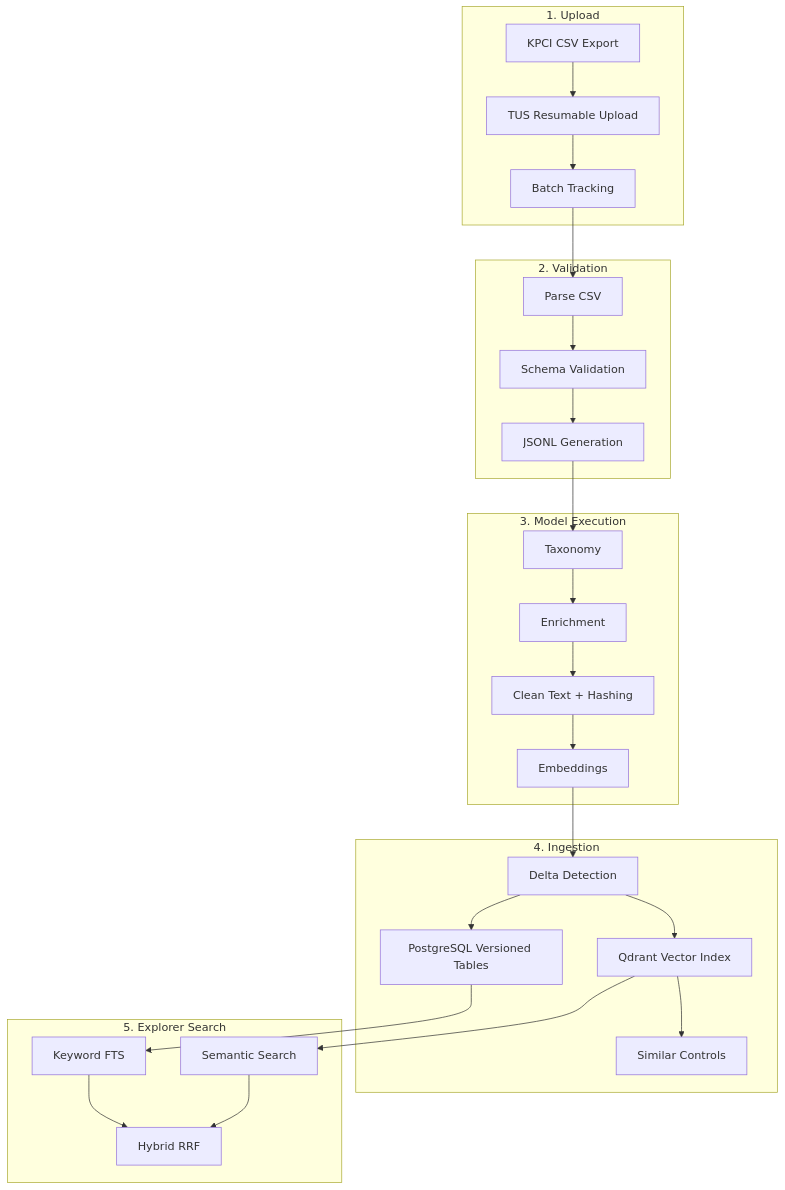
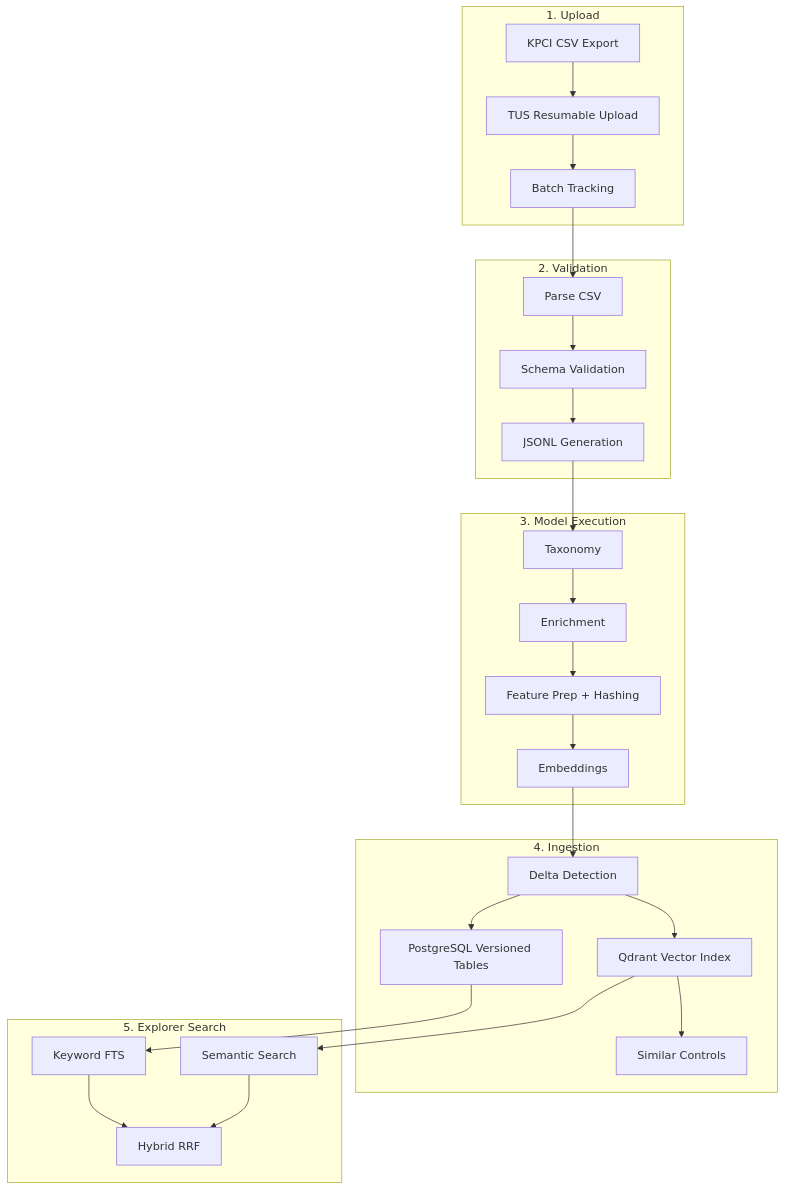
Before and after one commit to white07S/application: the first of 7 diagrams in docs/pipelines/controls-pipeline.md, drawn with Mermaid. The commit also changed other lines of this file and 35 other files, not shown here.

````diff
--- a/docs/pipelines/controls-pipeline.md
+++ b/docs/pipelines/controls-pipeline.md
@@ -13,46 +13,46 @@
 ```mermaid
 flowchart TB
     subgraph Upload["1. Upload"]
         CSV[KPCI CSV Export]
         TUS[TUS Resumable Upload]
         BATCH[Batch Tracking]
     end
 
     subgraph Validation["2. Validation"]
         PARSE[Parse CSV]
         VALIDATE[Schema Validation]
         JSONL[JSONL Generation]
     end
 
     subgraph Models["3. Model Execution"]
         TAX[Taxonomy]
         ENRICH[Enrichment]
-        CLEAN[Clean Text + Hashing]
+        FPREP[Feature Prep + Hashing]
         EMBED[Embeddings]
     end
 
     subgraph Ingestion["4. Ingestion"]
         DELTA[Delta Detection]
         PG[PostgreSQL Versioned Tables]
         QDRANT[Qdrant Vector Index]
         SIM[Similar Controls]
     end
 
     subgraph Explorer["5. Explorer Search"]
         KW[Keyword FTS]
         SEM[Semantic Search]
         HYB[Hybrid RRF]
     end
 
     CSV --> TUS --> BATCH
     BATCH --> PARSE --> VALIDATE --> JSONL
-    JSONL --> TAX --> ENRICH --> CLEAN --> EMBED
+    JSONL --> TAX --> ENRICH --> FPREP --> EMBED
     EMBED --> DELTA
     DELTA --> PG
     DELTA --> QDRANT
     QDRANT --> SIM
     PG --> KW
     QDRANT --> SEM
     KW --> HYB
     SEM --> HYB
 ```
````
